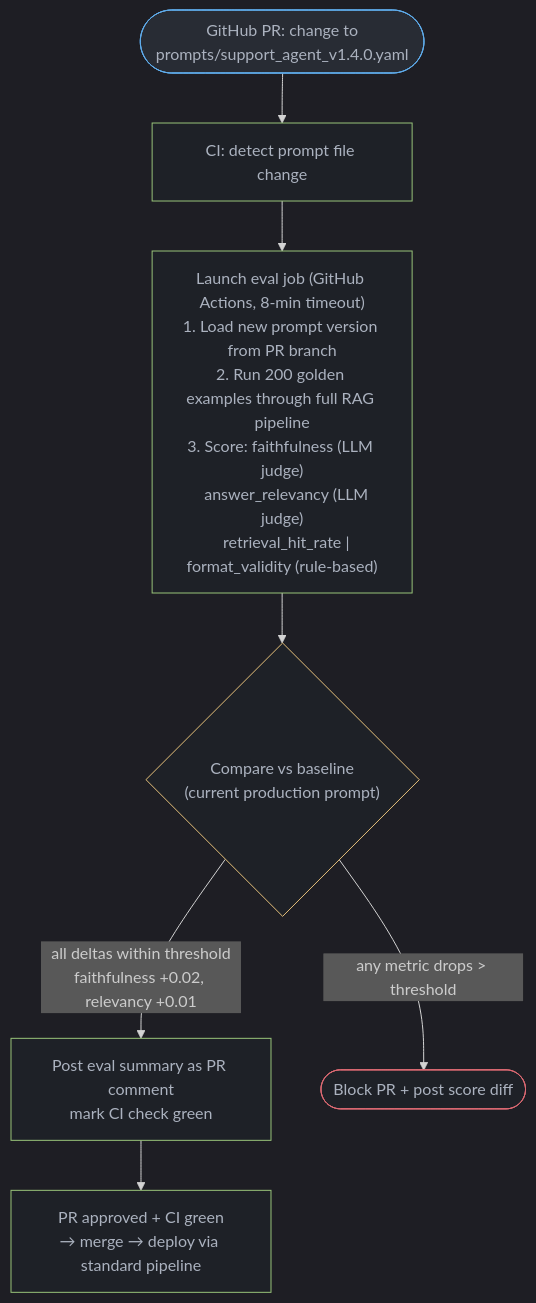
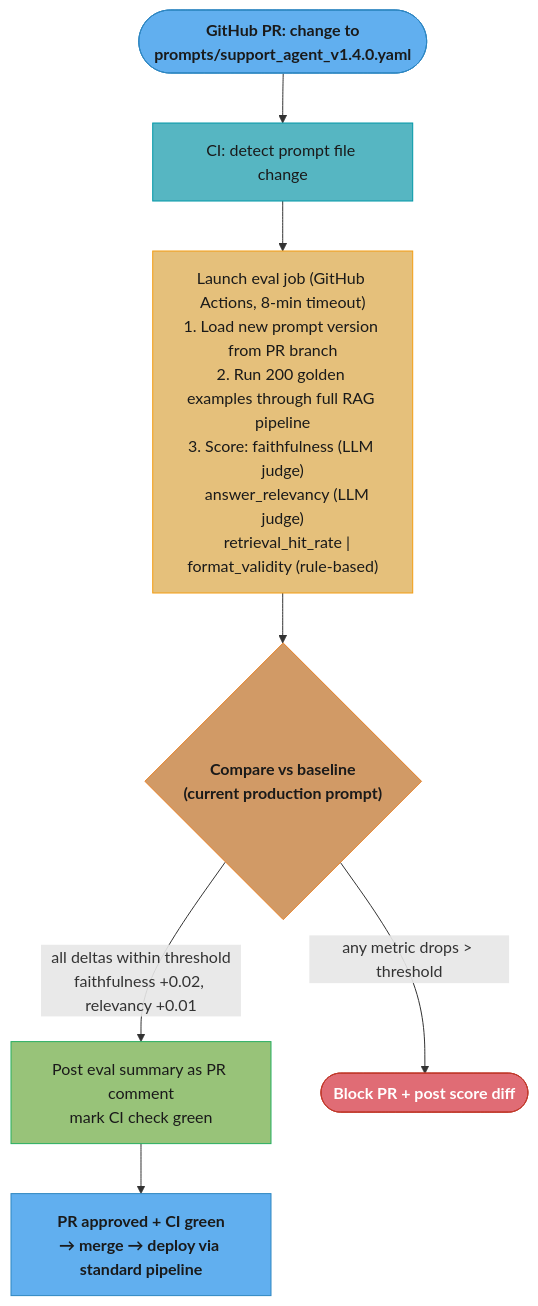
The second of 2 diagrams in src/main/java/com/rutik/systemdesign/llm/llm_ops_platforms/README.md (rppol/system-design), drawn with Mermaid before and after one commit. The commit also changed other lines of this file and 88 other files, not shown here.

````diff
--- a/src/main/java/com/rutik/systemdesign/llm/llm_ops_platforms/README.md
+++ b/src/main/java/com/rutik/systemdesign/llm/llm_ops_platforms/README.md
@@ -921,21 +923,25 @@
 ```mermaid
-%%{init: {'flowchart': {'curve': 'basis'}, 'theme': 'dark'}}%%
 flowchart TD
+    classDef io      fill:#61afef,stroke:#2e86c1,color:#1a1a1a,font-weight:bold
+    classDef frozen  fill:#c678dd,stroke:#9b59b6,color:#fff
+    classDef train   fill:#98c379,stroke:#27ae60,color:#1a1a1a
+    classDef mathOp  fill:#d19a66,stroke:#e67e22,color:#1a1a1a,font-weight:bold
+    classDef lossN   fill:#e06c75,stroke:#c0392b,color:#fff,font-weight:bold
+    classDef req     fill:#56b6c2,stroke:#0097a7,color:#1a1a1a
+    classDef base    fill:#e5c07b,stroke:#f39c12,color:#1a1a1a
+
     PR(["GitHub PR: change to\nprompts/support_agent_v1.4.0.yaml"]) --> Detect["CI: detect prompt file change"]
     Detect --> Eval["Launch eval job (GitHub Actions, 8-min timeout)\n1. Load new prompt version from PR branch\n2. Run 200 golden examples through full RAG pipeline\n3. Score: faithfulness (LLM judge)\n   answer_relevancy (LLM judge)\n   retrieval_hit_rate | format_validity (rule-based)"]
     Eval --> Compare{"Compare vs baseline\n(current production prompt)"}
     Compare -- "all deltas within threshold\nfaithfulness +0.02, relevancy +0.01" --> PassCheck["Post eval summary as PR comment\nmark CI check green"]
     Compare -- "any metric drops > threshold" --> FailCheck([Block PR + post score diff])
     PassCheck --> Merge["PR approved + CI green\n→ merge → deploy via standard pipeline"]
 
-    classDef io     fill:#282c34,stroke:#61afef,color:#abb2bf
-    classDef proc   fill:#1e2127,stroke:#98c379,color:#abb2bf
-    classDef store  fill:#1e2127,stroke:#56b6c2,color:#abb2bf
-    classDef decide fill:#1e2127,stroke:#e5c07b,color:#abb2bf
-    classDef warn   fill:#1e2127,stroke:#e06c75,color:#abb2bf
-
     class PR io
-    class Detect,Eval,PassCheck,Merge proc
-    class FailCheck warn
-    class Compare decide
+    class Detect req
+    class Eval base
+    class Compare mathOp
+    class PassCheck train
+    class Merge io
+    class FailCheck lossN
 ```
````
